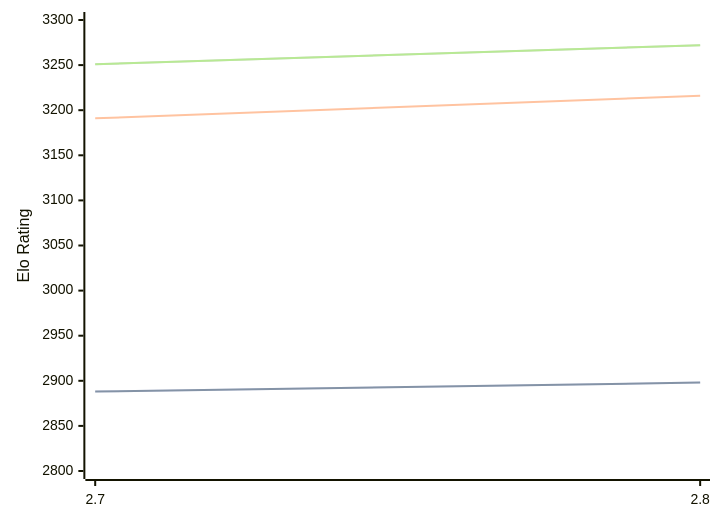
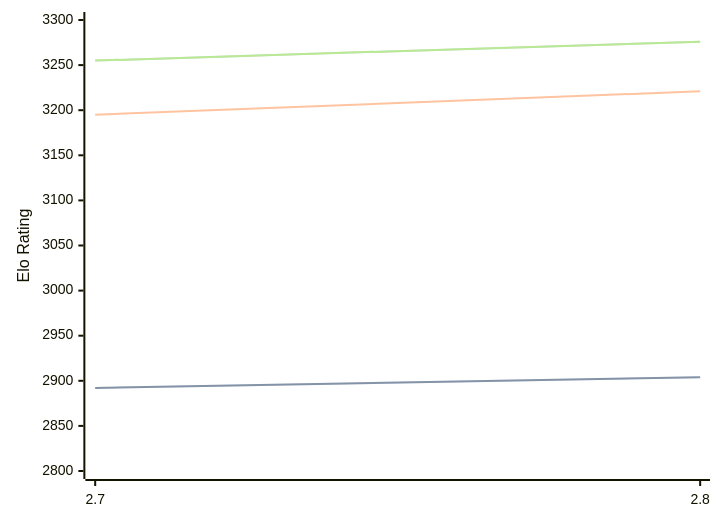
Before and after one commit to computer-chess-index/cci: the diagram in engines/Arcanum.md, drawn with Mermaid. The commit also changed other lines of this file, not shown here.

Commit message:
Update CCI Ratings (ELO VLTC) - 2026-08-18

````diff
--- a/engines/Arcanum.md
+++ b/engines/Arcanum.md
@@ -32,11 +32,11 @@
 ```mermaid
 %%{init: {"theme":"base","themeVariables":{"seriesColors:['#a3a3a3','#222221','#faa371']}}}%%
 xychart-beta
   x-axis ["2.7", "2.8"]
   y-axis "Elo Rating" 2800 --> 3300
-  line "STC (8.0+0.08s)" [2888, 2898]
-  line "STC (8.0+0.08s)" [2888, 2898]
-  line "LTC (60.0+0.60s)" [3191, 3216]
-  line "VLTC (2m24s+1.12s)" [3251, 3272]
-  line "VLTC (2m24s+1.12s)" [3251, 3272]
+  line "STC (8.0+0.08s)" [2892, 2904]
+  line "STC (8.0+0.08s)" [2892, 2904]
+  line "LTC (60.0+0.60s)" [3195, 3221]
+  line "VLTC (2m24s+1.12s)" [3255, 3276]
+  line "VLTC (2m24s+1.12s)" [3255, 3276]
 ```
````
